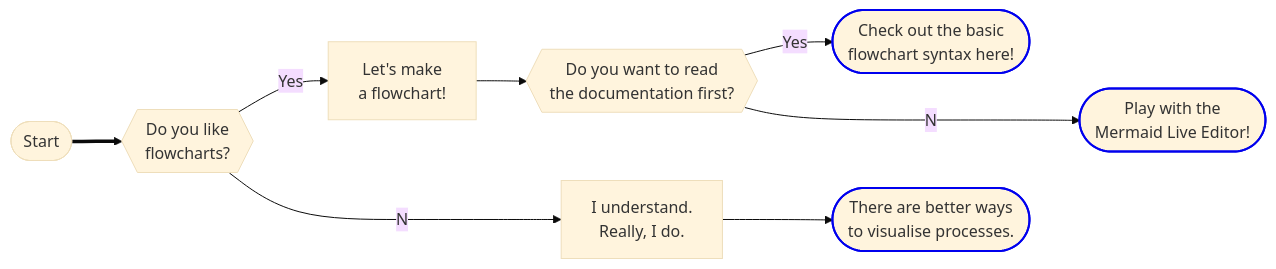
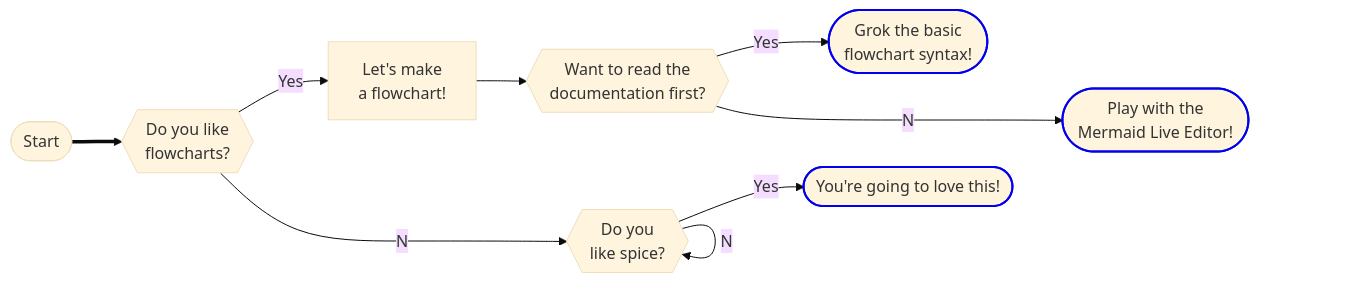
One commit to tfle/tfle changed the diagram in README.md. Above: the diagram before and after it, drawn with Mermaid.

````diff
--- a/README.md
+++ b/README.md
@@ -2,14 +2,16 @@
 ```mermaid
 %%{init:{"theme":"base"}}%%
 flowchart LR
     classDef clickStyle stroke:#0000EE,stroke-width:2px
     A([Start]) ==>B{{Do you like<br> flowcharts?}}
-    B --Yes--> C[Let's make<br> a flowchart!] --> D{{Do you want to read<br> the documentation first?}}
-    D --Yes--> E([Check out the basic<br> flowchart syntax here!])
+    B --Yes--> C[Let's make<br> a flowchart!] --> D{{Want to read the<br> documentation first?}}
+    D --Yes--> E([Grok the basic<br> flowchart syntax!])
     D --No--> F([Play with the<br> Mermaid Live Editor!])
-    B --No--> B1[I understand.<br> Really, I do.] --> B2([There are better ways<br> to visualise processes.])
+    B --No--> B1{{Do you<br> like spice?}}
+    B1 --Yes--> B2([You're going to love this!])
+    B1 --No--> B1
     click B2 "https://youtu.be/dQw4w9WgXcQ" _blank
     click E "https://mermaid-js.github.io/mermaid/#/flowchart" _blank
     click F "https://mermaid.live/" _blank
     class B2,E,F clickStyle
 ```
````
